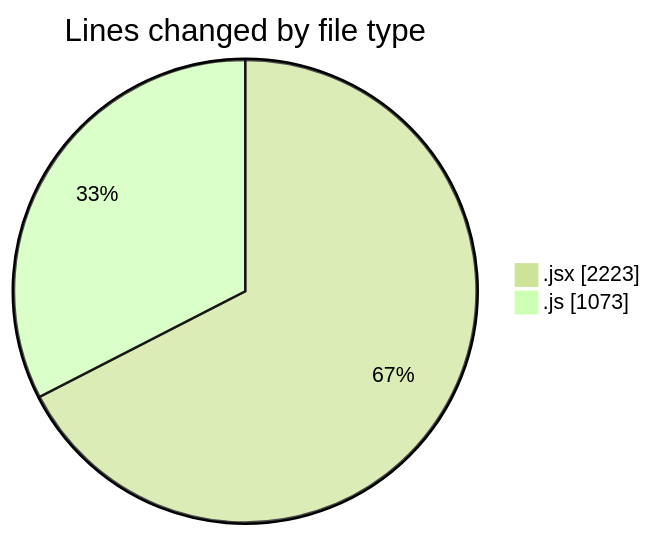
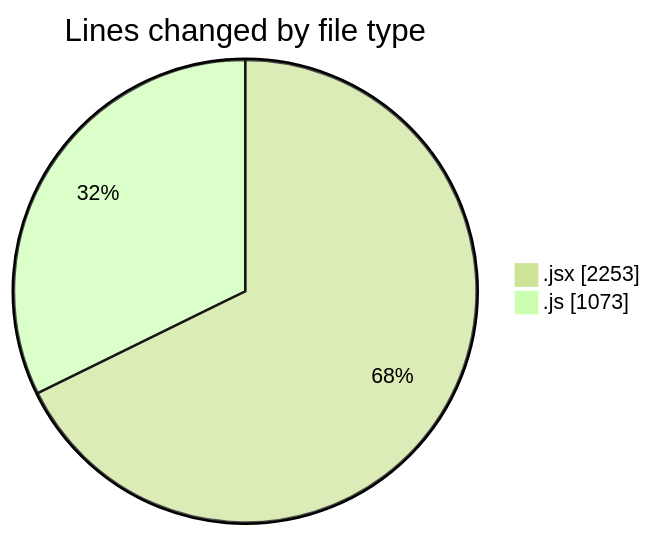
One commit to nxtqubesakshisongat/code-tracking changed the first of 2 diagrams in 2025-06-04/nxtqube_webapp/README.md. Above: the diagram before and after it, drawn with Mermaid (forest theme). The commit also changed other lines of this file and 1 other file, not shown here.

````diff
--- a/2025-06-04/nxtqube_webapp/README.md
+++ b/2025-06-04/nxtqube_webapp/README.md
@@ -27,6 +27,6 @@
 ```mermaid
 pie showData
 title Lines changed by file type
-".jsx" : 2223
+".jsx" : 2253
 ".js" : 1073
 ```
````
